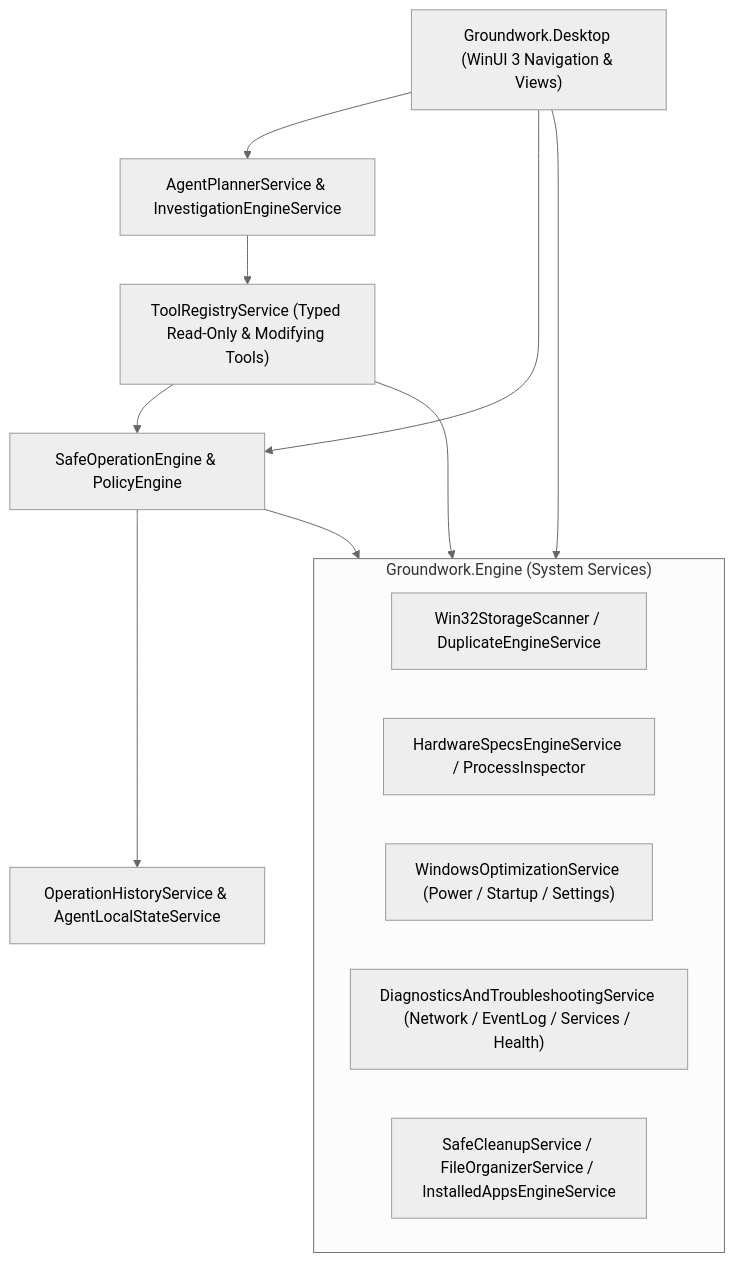
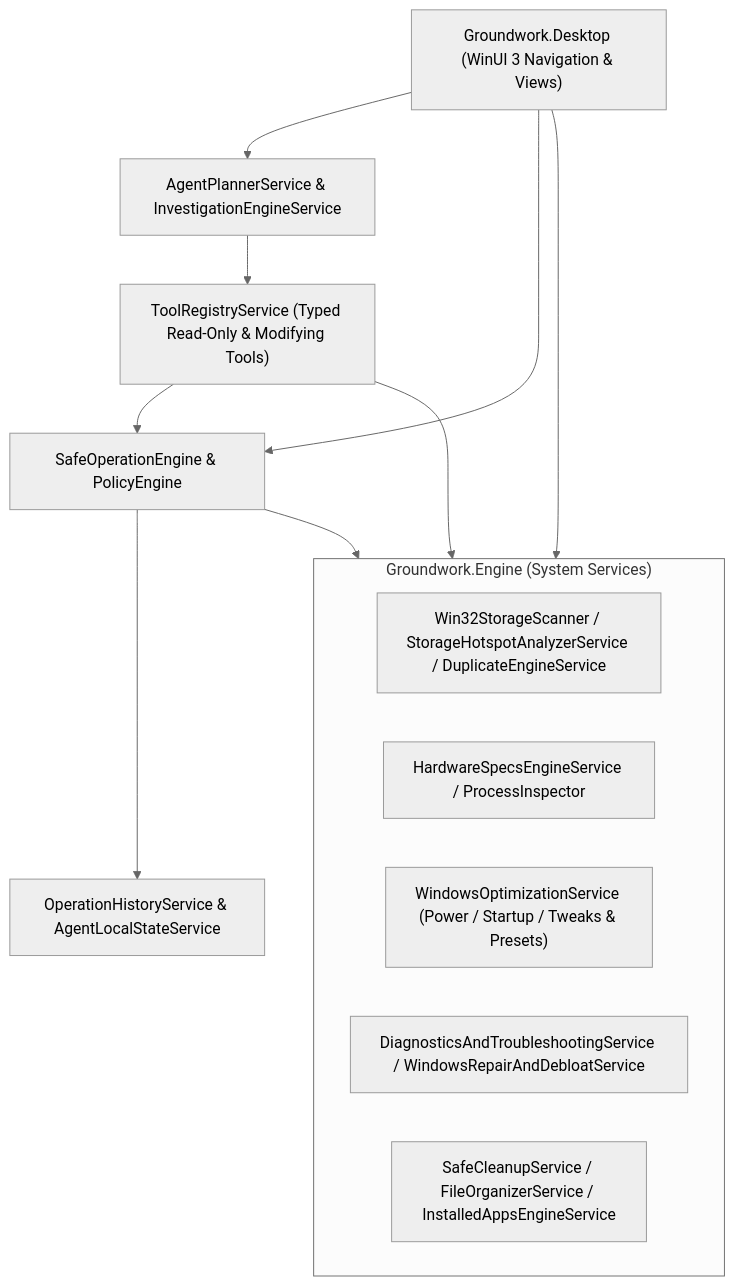
Before and after one commit to ttnhan227/Groundwork: the diagram in docs/ARCHITECTURE.md, drawn with Mermaid (neutral theme). The commit also changed other lines of this file and 38 other files, not shown here.

Commit message:
feat(desktop): add v1.1.0 Windows power tweaks, repair toolkit, debloater, and UI updates

````diff
--- a/docs/ARCHITECTURE.md
+++ b/docs/ARCHITECTURE.md
@@ -7,25 +7,25 @@
 ```mermaid
 flowchart TD
     UI["Groundwork.Desktop (WinUI 3 Navigation & Views)"]
     Agent["AgentPlannerService & InvestigationEngineService"]
     Registry["ToolRegistryService (Typed Read-Only & Modifying Tools)"]
     SafeOp["SafeOperationEngine & PolicyEngine"]
     History["OperationHistoryService & AgentLocalStateService"]
 
     subgraph Engine ["Groundwork.Engine (System Services)"]
-        Storage["Win32StorageScanner / DuplicateEngineService"]
+        Storage["Win32StorageScanner / StorageHotspotAnalyzerService / DuplicateEngineService"]
         Hardware["HardwareSpecsEngineService / ProcessInspector"]
-        Optimize["WindowsOptimizationService (Power / Startup / Settings)"]
-        Trouble["DiagnosticsAndTroubleshootingService (Network / EventLog / Services / Health)"]
+        Optimize["WindowsOptimizationService (Power / Startup / Tweaks & Presets)"]
+        Trouble["DiagnosticsAndTroubleshootingService / WindowsRepairAndDebloatService"]
         Maint["SafeCleanupService / FileOrganizerService / InstalledAppsEngineService"]
     end
 
     UI --> Agent
     UI --> Engine
     UI --> SafeOp
     Agent --> Registry
     Registry --> Engine
     Registry --> SafeOp
     SafeOp --> Engine
     SafeOp --> History
 ```
````
